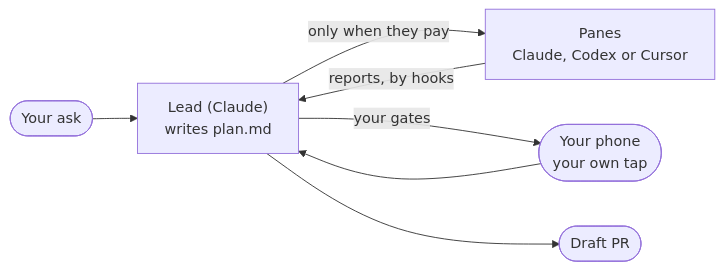
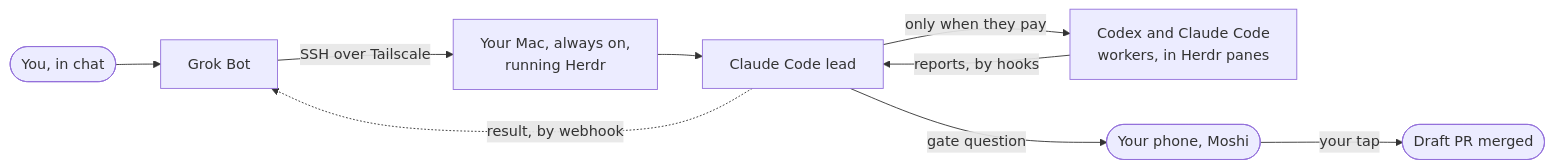
Before and after one commit to vib-z/stampede: the diagram in README.md, drawn with Mermaid. The commit also changed other lines of this file, not shown here.

Commit message:
README: lead with Grok Bot to Claude Code and Codex, one flow diagram

````diff
--- a/README.md
+++ b/README.md
@@ -49,9 +36,11 @@
 ```mermaid
 flowchart LR
-    ask(["Your ask"]) --> lead["Lead (Claude)<br/>writes plan.md"]
-    lead -- "only when they pay" --> panes["Panes<br/>Claude, Codex or Cursor"]
-    panes -- "reports, by hooks" --> lead
-    lead -- "your gates" --> phone(["Your phone<br/>your own tap"])
-    phone --> lead
-    lead --> pr(["Draft PR"])
+    you(["You, in chat"]) --> bot["Grok Bot"]
+    bot -- "SSH over Tailscale" --> mac["Your Mac, always on,<br/>running Herdr"]
+    mac --> lead["Claude Code lead"]
+    lead -- "only when they pay" --> workers["Codex and Claude Code<br/>workers, in Herdr panes"]
+    workers -- "reports, by hooks" --> lead
+    lead -- "gate question" --> phone(["Your phone, Moshi"])
+    phone -- "your tap" --> merge(["Draft PR merged"])
+    lead -. "result, by webhook" .-> bot
 ```
````
